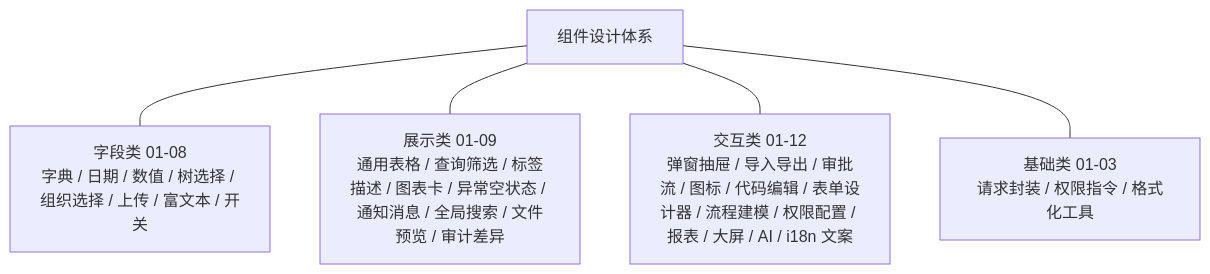
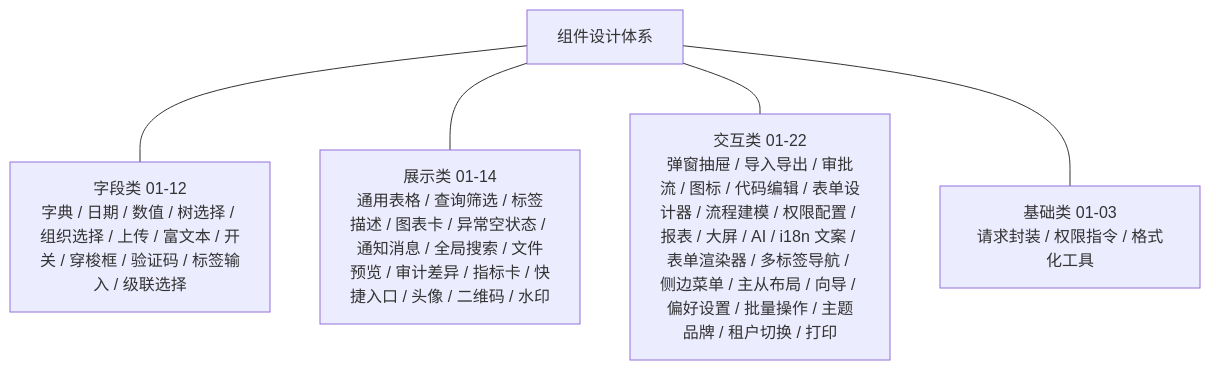
One commit to minjian123/basic-management-system changed the diagram in bms文档/设计/组件设计/01_组件设计_总览.md. Above: the diagram before and after it, drawn with Mermaid. The commit also changed other lines of this file and 5 other files, not shown here.

Commit message:
docs(设计): 登记 19 个补充组件节点（字段 09-12、展示 10-14、交互 13-22）至路线图/文档首页/规划说明；新增 字段类 09 穿梭框组件节点（TransferField/useTransfer 的双列表穿梭、搜索、分组、分页异步、只读回显与上限）及可交互原型

````diff
--- a/bms文档/设计/组件设计/01_组件设计_总览.md
+++ b/bms文档/设计/组件设计/01_组件设计_总览.md
@@ -102,12 +121,12 @@
 ```mermaid
 graph TD
     ROOT["组件设计体系"]
-    F["字段类 01-08<br/>字典 / 日期 / 数值 / 树选择 / 组织选择 / 上传 / 富文本 / 开关"]
-    D["展示类 01-09<br/>通用表格 / 查询筛选 / 标签描述 / 图表卡 / 异常空状态 / 通知消息 / 全局搜索 / 文件预览 / 审计差异"]
-    I["交互类 01-12<br/>弹窗抽屉 / 导入导出 / 审批流 / 图标 / 代码编辑 / 表单设计器 / 流程建模 / 权限配置 / 报表 / 大屏 / AI / i18n 文案"]
+    F["字段类 01-12<br/>字典 / 日期 / 数值 / 树选择 / 组织选择 / 上传 / 富文本 / 开关 / 穿梭框 / 验证码 / 标签输入 / 级联选择"]
+    D["展示类 01-14<br/>通用表格 / 查询筛选 / 标签描述 / 图表卡 / 异常空状态 / 通知消息 / 全局搜索 / 文件预览 / 审计差异 / 指标卡 / 快捷入口 / 头像 / 二维码 / 水印"]
+    I["交互类 01-22<br/>弹窗抽屉 / 导入导出 / 审批流 / 图标 / 代码编辑 / 表单设计器 / 流程建模 / 权限配置 / 报表 / 大屏 / AI / i18n 文案 / 表单渲染器 / 多标签导航 / 侧边菜单 / 主从布局 / 向导 / 偏好设置 / 批量操作 / 主题品牌 / 租户切换 / 打印"]
     B["基础类 01-03<br/>请求封装 / 权限指令 / 格式化工具"]
     ROOT --- F
     ROOT --- D
     ROOT --- I
     ROOT --- B
 ```
````
